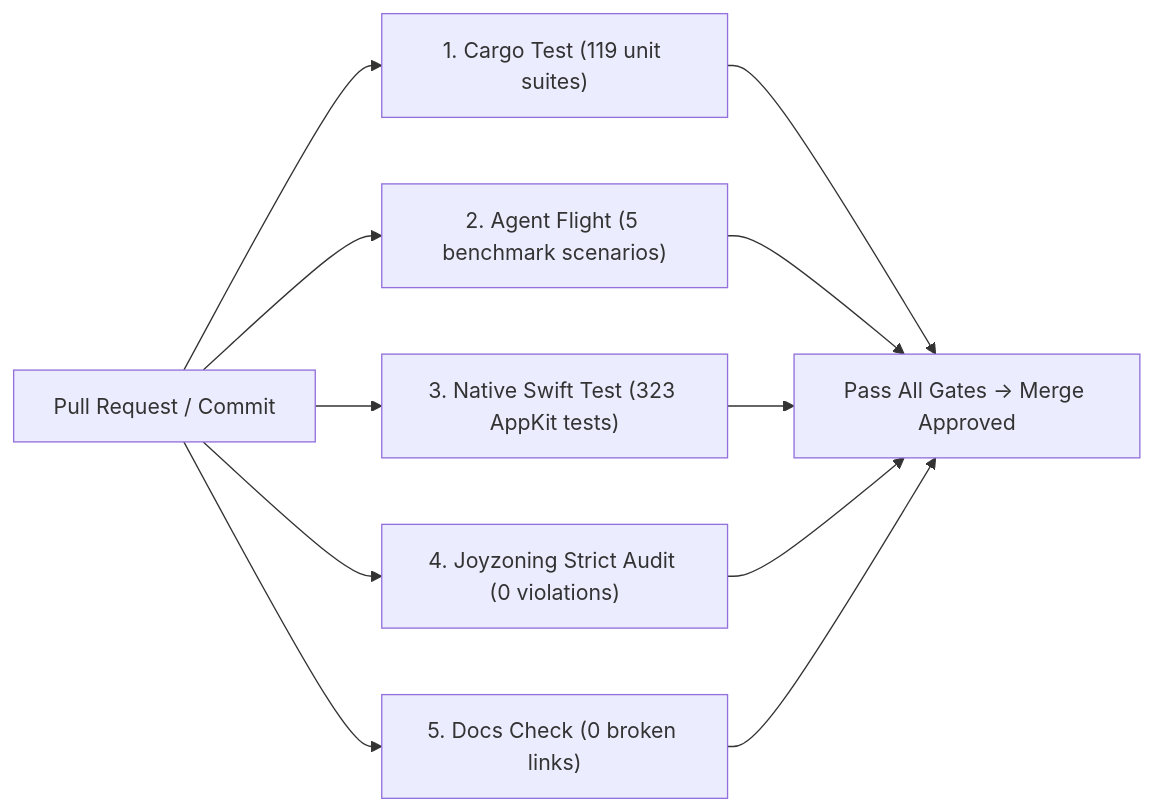
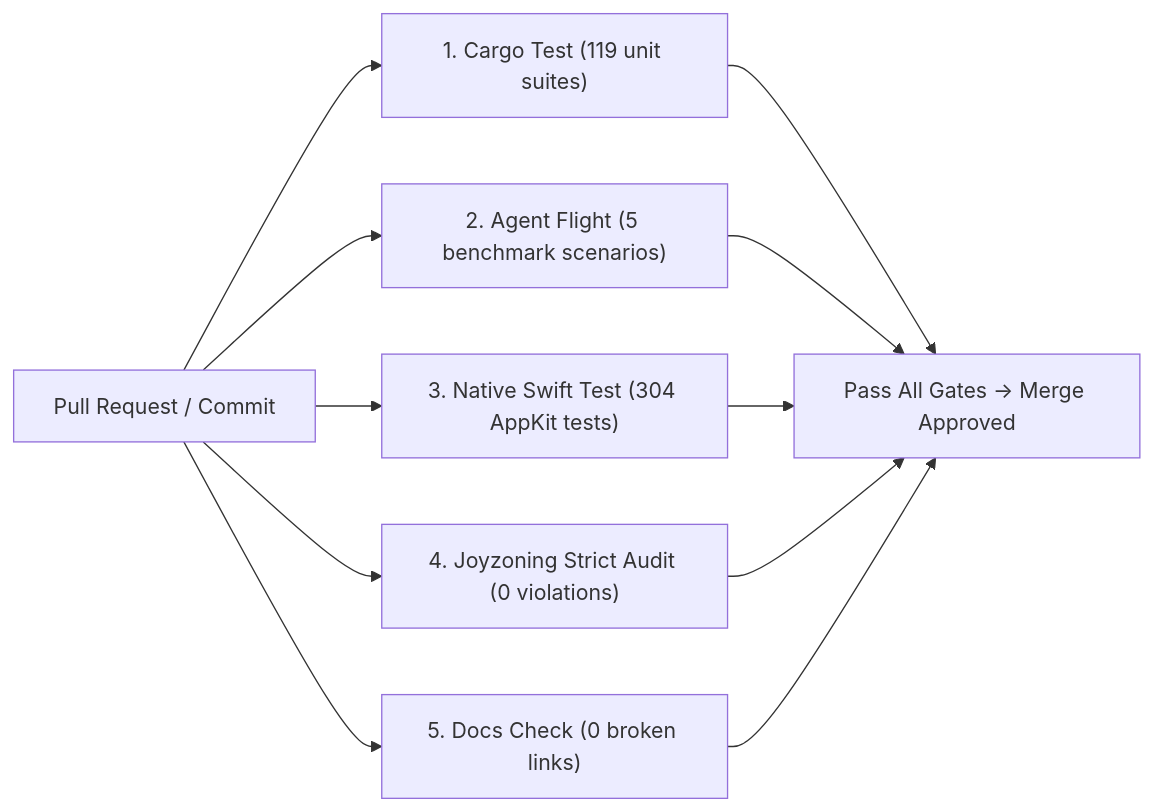
Before and after one commit to CardSorting/HEAV3NS-MICRO: the diagram in docs/CI_INTEGRATION.md, drawn with Mermaid. The commit also changed 10 other files, not shown here.

````diff
--- a/docs/CI_INTEGRATION.md
+++ b/docs/CI_INTEGRATION.md
@@ -19,13 +19,13 @@
 ```mermaid
 flowchart LR
   PR["Pull Request / Commit"] --> TEST["1. Cargo Test (119 unit suites)"]
   PR --> FLIGHT["2. Agent Flight (5 benchmark scenarios)"]
-  PR --> SWIFT["3. Native Swift Test (323 AppKit tests)"]
+  PR --> SWIFT["3. Native Swift Test (304 AppKit tests)"]
   PR --> JOY["4. Joyzoning Strict Audit (0 violations)"]
   PR --> DOCS["5. Docs Check (0 broken links)"]
   TEST --> GATE["Pass All Gates -> Merge Approved"]
   FLIGHT --> GATE
   SWIFT --> GATE
   JOY --> GATE
   DOCS --> GATE
 ```
````
